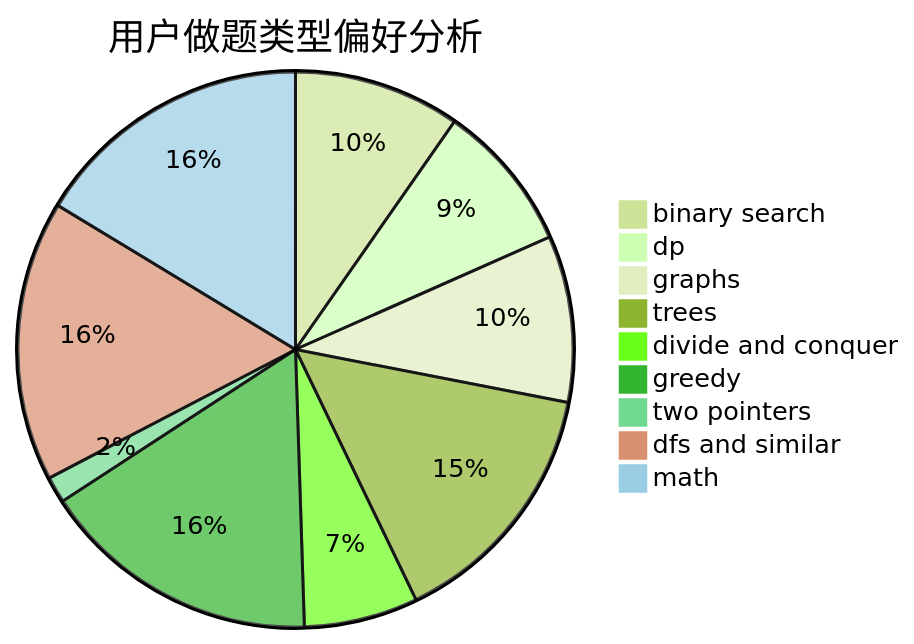
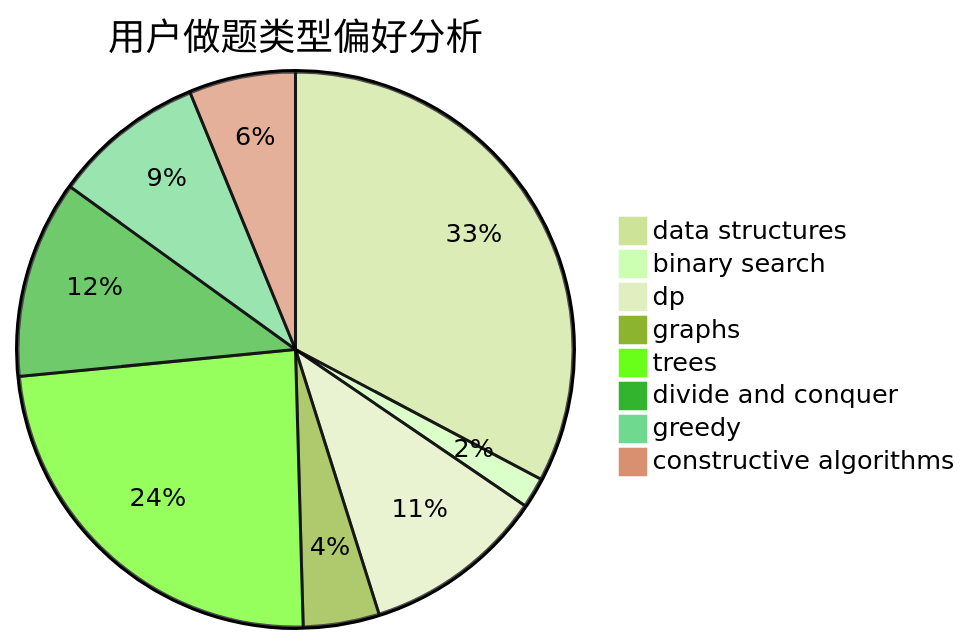
One commit to sherpahu/cfrs.github.io changed the second of 3 diagrams in docs/user/u1414.md. Above: the diagram before and after it, drawn with Mermaid (forest theme). The commit also changed other lines of this file and 2775 other files, not shown here.

````diff
--- a/docs/user/u1414.md
+++ b/docs/user/u1414.md
@@ -23,12 +23,11 @@
 ```mermaid
 pie title 用户做题类型偏好分析
-    "binary search" :  19
-    "dp" :  17
-    "graphs" :  19
-    "trees" :  29
+    "data structures" :  37
+    "binary search" :  2
+    "dp" :  12
+    "graphs" :  5
+    "trees" :  27
     "divide and conquer" :  13
-    "greedy" :  32
-    "two pointers" :  3
-    "dfs and similar" :  32
-    "math" :  32
+    "greedy" :  10
+    "constructive algorithms" :  7
 ```
````
